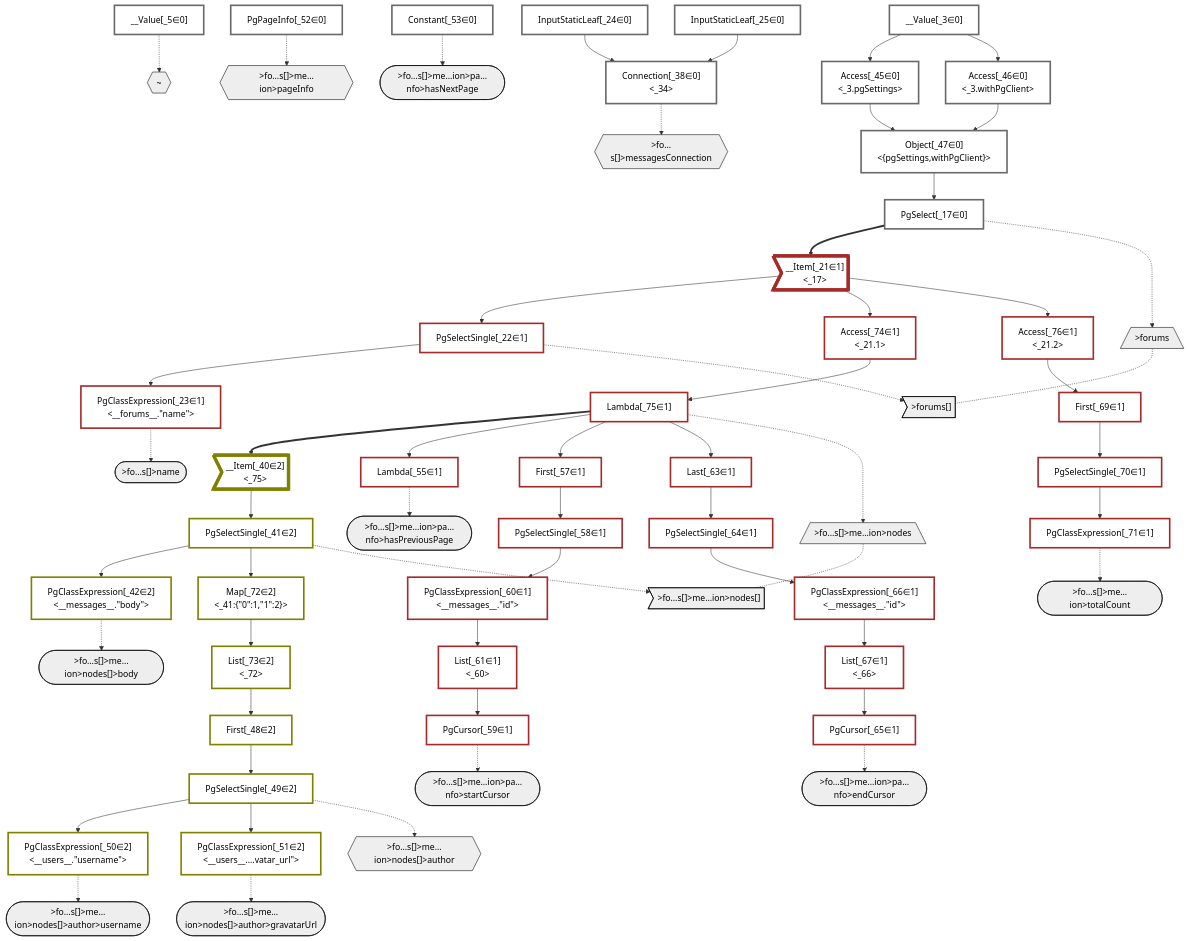
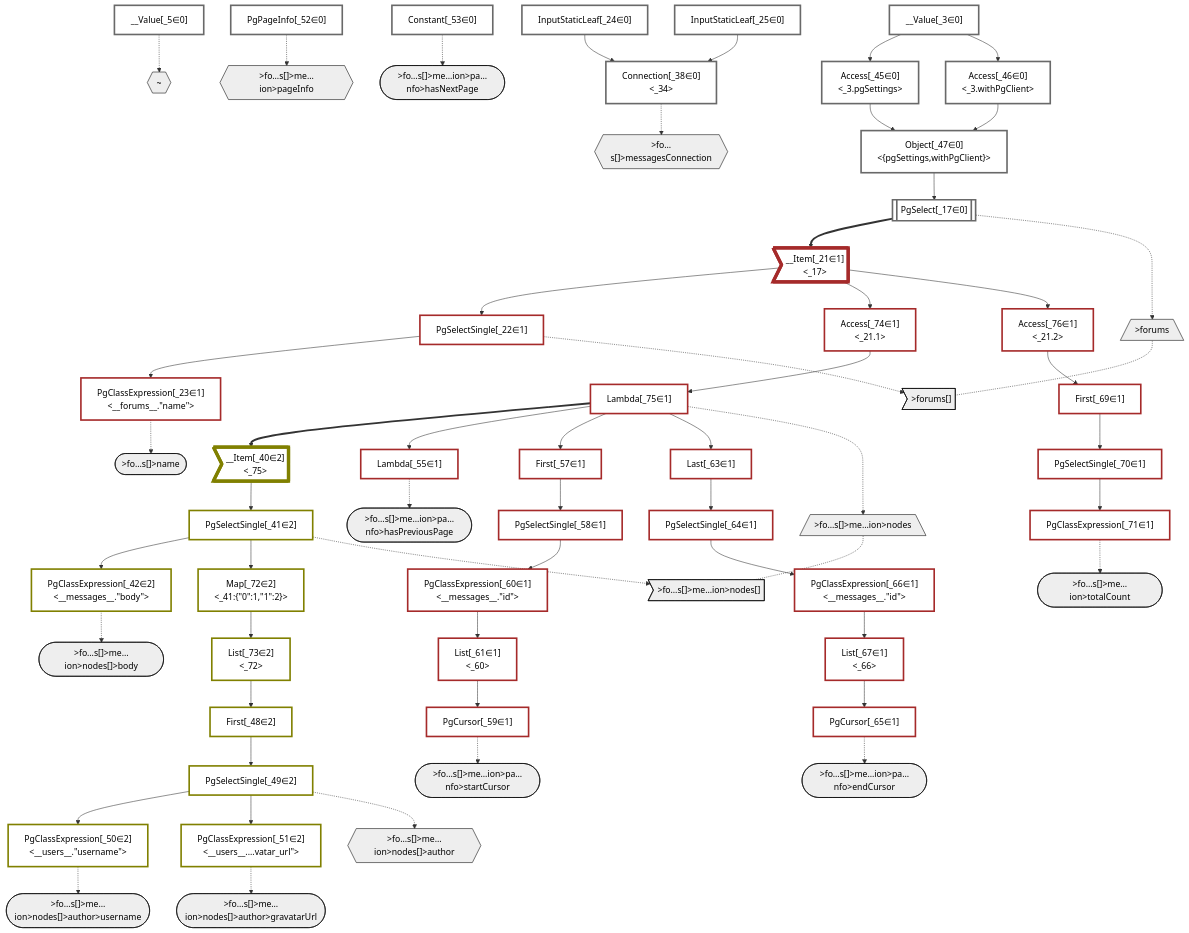
The diagram in packages/dataplan-pg/__tests__/queries/connections/pagination-when-inlined-backwards-nodes-only.mermaid.md (graphile/crystal), drawn with Mermaid before and after one commit. The commit also changed 195 other files, not shown here.

```diff
--- a/packages/dataplan-pg/__tests__/queries/connections/pagination-when-inlined-backwards-nodes-only.mermaid.md
+++ b/packages/dataplan-pg/__tests__/queries/connections/pagination-when-inlined-backwards-nodes-only.mermaid.md
@@ -44,7 +44,7 @@
     %% define plans
     __Value_3["__Value[_3∈0]<br /><context>"]:::plan
     __Value_5["__Value[_5∈0]<br /><rootValue>"]:::plan
-    PgSelect_17["PgSelect[_17∈0]<br /><forums>"]:::plan
+    PgSelect_17[["PgSelect[_17∈0]<br /><forums>"]]:::plan
     __Item_21>"__Item[_21∈1]<br /><_17>"]:::itemplan
     PgSelectSingle_22["PgSelectSingle[_22∈1]<br /><forums>"]:::plan
     PgClassExpression_23["PgClassExpression[_23∈1]<br /><__forums__.#quot;name#quot;>"]:::plan
```
